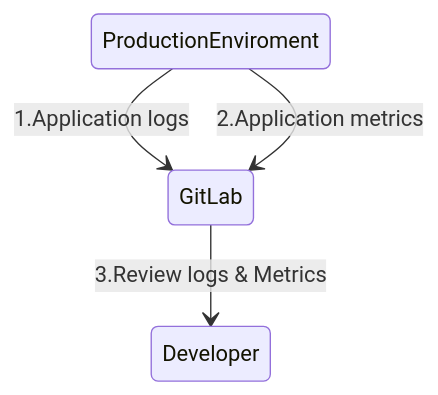
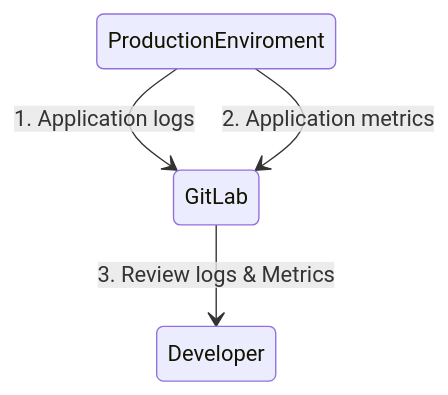
The third of 7 diagrams in product/single-application/dataflow.html.md (secretstartups/handbook), drawn with Mermaid before and after one commit. The commit also changed other lines of this file, not shown here.

Commit message:
Fix typo and inconsistencies in product data flow

````diff
--- a/product/single-application/dataflow.html.md
+++ b/product/single-application/dataflow.html.md
@@ -46,6 +46,6 @@
 ```mermaid
 stateDiagram
- ProductionEnviroment --> GitLab:1.Application logs
- ProductionEnviroment --> GitLab:2.Application metrics
- GitLab --> Developer:3.Review logs & Metrics
+ ProductionEnviroment --> GitLab:1. Application logs
+ ProductionEnviroment --> GitLab:2. Application metrics
+ GitLab --> Developer:3. Review logs & Metrics
 ```
````
